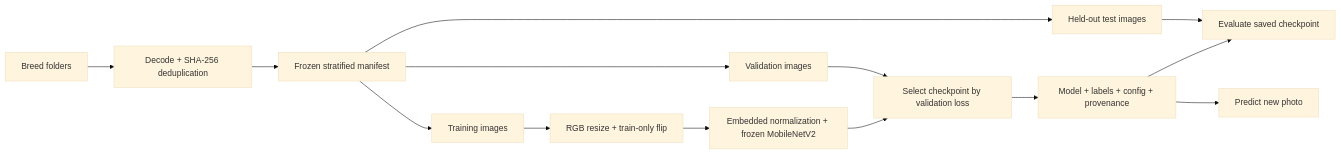
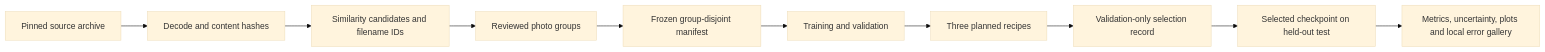
The diagram in docs/architecture.md (stefisha/Cat-Vision), drawn with Mermaid (base theme) before and after one commit. The commit also changed other lines of this file and 40 other files, not shown here.

Commit message:
Publish held-out results, experiment comparison and model documentation

````diff
--- a/docs/architecture.md
+++ b/docs/architecture.md
@@ -5,16 +5,12 @@
 ```mermaid
 flowchart LR
-    A[Breed folders] --> B[Decode + SHA-256 deduplication]
-    B --> C[Frozen stratified manifest]
-    C --> D[Training images]
-    C --> E[Validation images]
-    C --> F[Held-out test images]
-    D --> G[RGB resize + train-only flip]
-    G --> H[Embedded normalization + frozen MobileNetV2]
-    E --> I[Select checkpoint by validation loss]
-    H --> I
-    I --> J[Model + labels + config + provenance]
-    F --> K[Evaluate saved checkpoint]
-    J --> K
-    J --> L[Predict new photo]
+    A[Pinned source archive] --> B[Decode and content hashes]
+    B --> C[Similarity candidates and filename IDs]
+    C --> D[Reviewed photo groups]
+    D --> E[Frozen group-disjoint manifest]
+    E --> F[Training and validation]
+    F --> G[Three planned recipes]
+    G --> H[Validation-only selection record]
+    H --> I[Selected checkpoint on held-out test]
+    I --> J[Metrics, uncertainty, plots and local error gallery]
 ```
````
